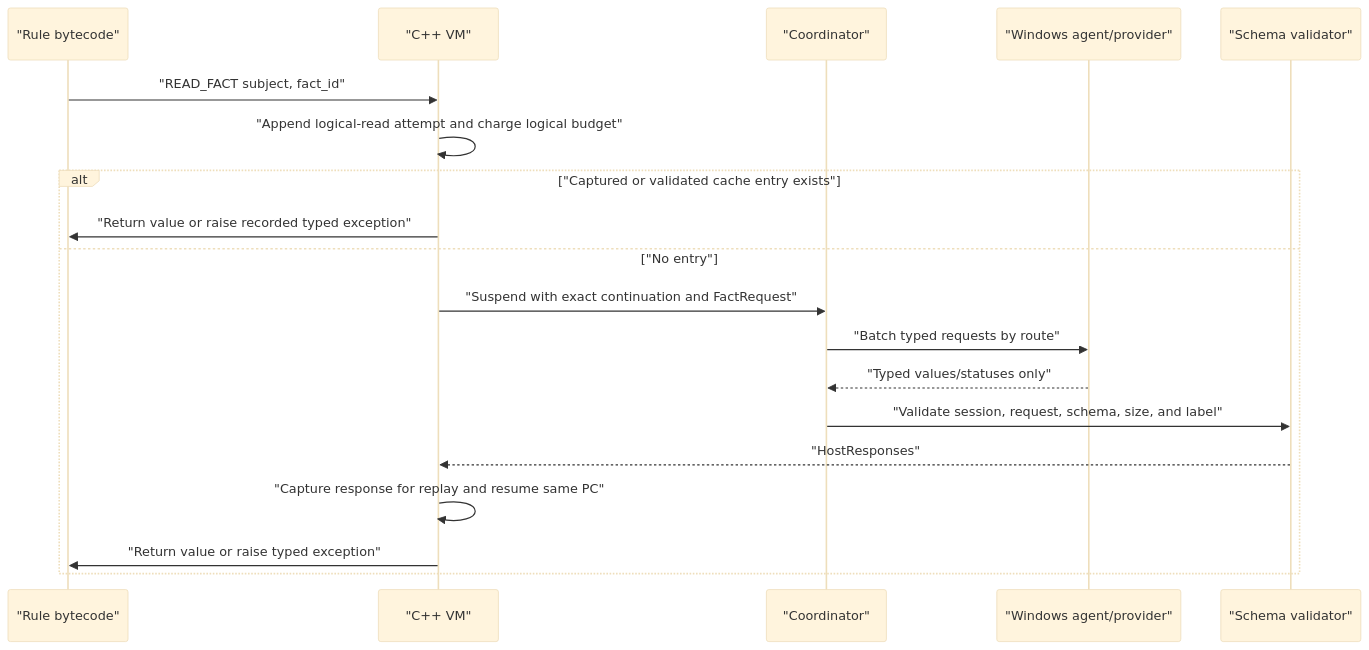
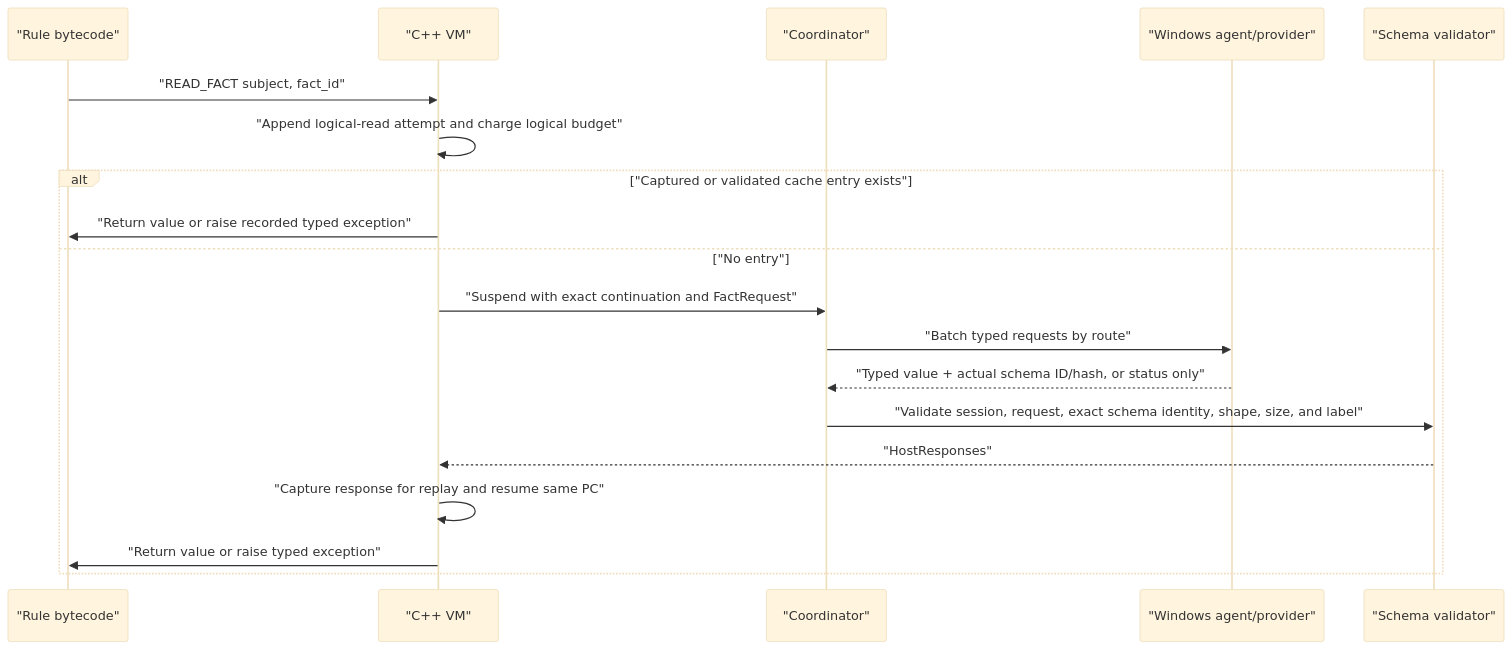
Before and after one commit to anthonyprintup/rule-engine: the first of 2 diagrams in docs/python-engine/architecture/05-facts-subjects-and-scanning.md, drawn with Mermaid (base theme). The commit also changed other lines of this file and 31 other files, not shown here.

First line of the commit message:
feat(protocol): attest fact response schemas

````diff
--- a/docs/python-engine/architecture/05-facts-subjects-and-scanning.md
+++ b/docs/python-engine/architecture/05-facts-subjects-and-scanning.md
@@ -157,22 +165,22 @@
 ```mermaid
 sequenceDiagram
     participant R as "Rule bytecode"
     participant V as "C++ VM"
     participant C as "Coordinator"
     participant A as "Windows agent/provider"
     participant S as "Schema validator"
 
     R->>V: "READ_FACT subject, fact_id"
     V->>V: "Append logical-read attempt and charge logical budget"
     alt "Captured or validated cache entry exists"
         V->>R: "Return value or raise recorded typed exception"
     else "No entry"
         V->>C: "Suspend with exact continuation and FactRequest"
         C->>A: "Batch typed requests by route"
-        A-->>C: "Typed values/statuses only"
-        C->>S: "Validate session, request, schema, size, and label"
+        A-->>C: "Typed value + actual schema ID/hash, or status only"
+        C->>S: "Validate session, request, exact schema identity, shape, size, and label"
         S-->>V: "HostResponses"
         V->>V: "Capture response for replay and resume same PC"
         V->>R: "Return value or raise typed exception"
     end
 ```
````
